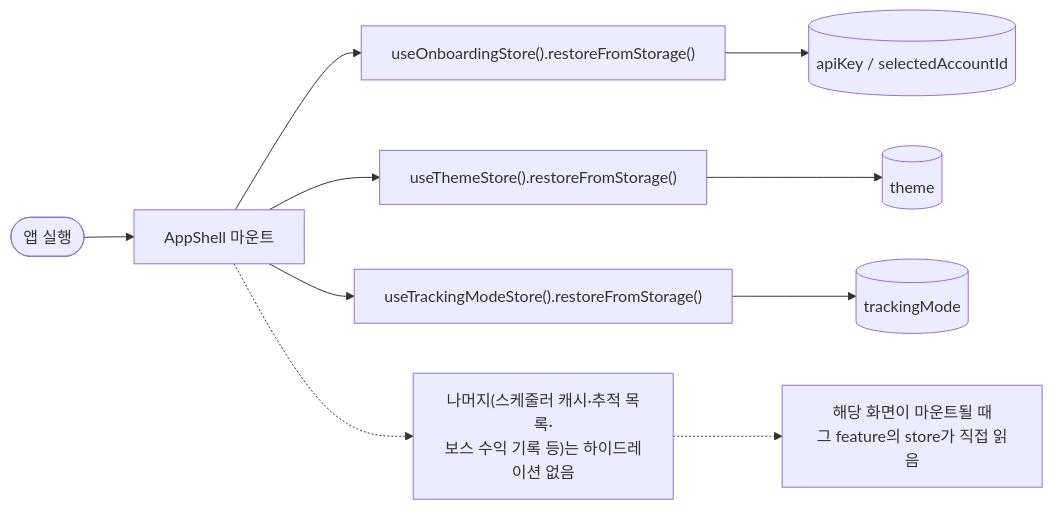
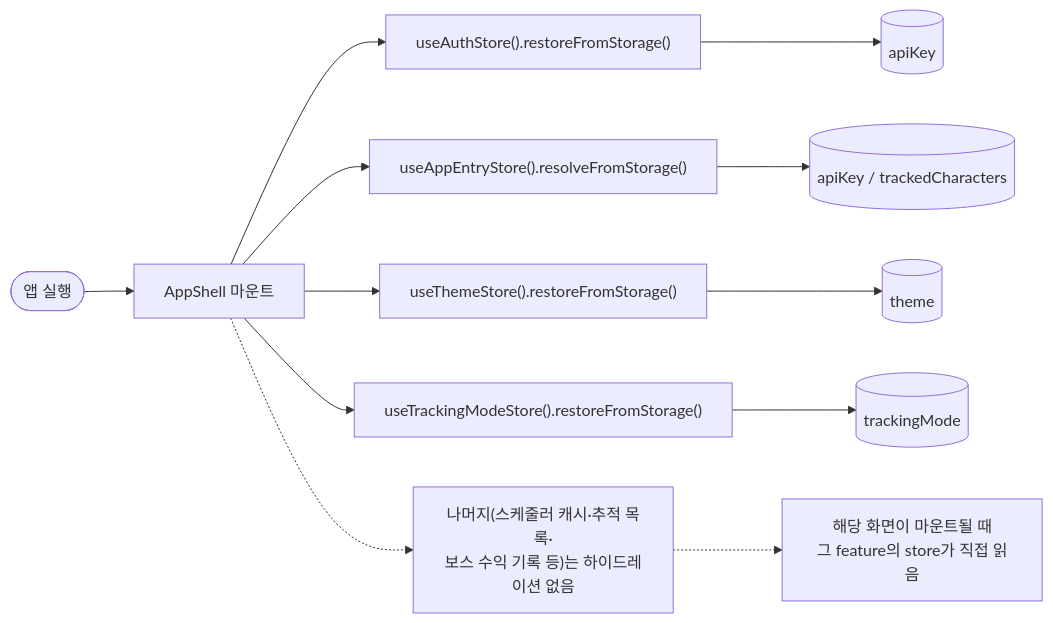
The first of 3 diagrams in docs/persistence/lifecycle.md (jini520/maple-routine), drawn with Mermaid before and after one commit. The commit also changed other lines of this file and 20 other files, not shown here.

````diff
--- a/docs/persistence/lifecycle.md
+++ b/docs/persistence/lifecycle.md
@@ -9,12 +11,14 @@
 ```mermaid
 flowchart LR
     Start([앱 실행]) --> Shell[AppShell 마운트]
-    Shell --> A["useOnboardingStore().restoreFromStorage()"]
+    Shell --> A["useAuthStore().restoreFromStorage()"]
+    Shell --> E["useAppEntryStore().resolveFromStorage()"]
     Shell --> B["useThemeStore().restoreFromStorage()"]
     Shell --> C["useTrackingModeStore().restoreFromStorage()"]
-    A --> P1[("apiKey / selectedAccountId")]
+    A --> P1[("apiKey")]
+    E --> P4[("apiKey / trackedCharacters")]
     B --> P2[("theme")]
     C --> P3[("trackingMode")]
     Shell -.-> Lazy["나머지(스케줄러 캐시·추적 목록·\n보스 수익 기록 등)는 하이드레이션 없음"]
     Lazy -.-> Screen["해당 화면이 마운트될 때\n그 feature의 store가 직접 읽음"]
 ```
````
